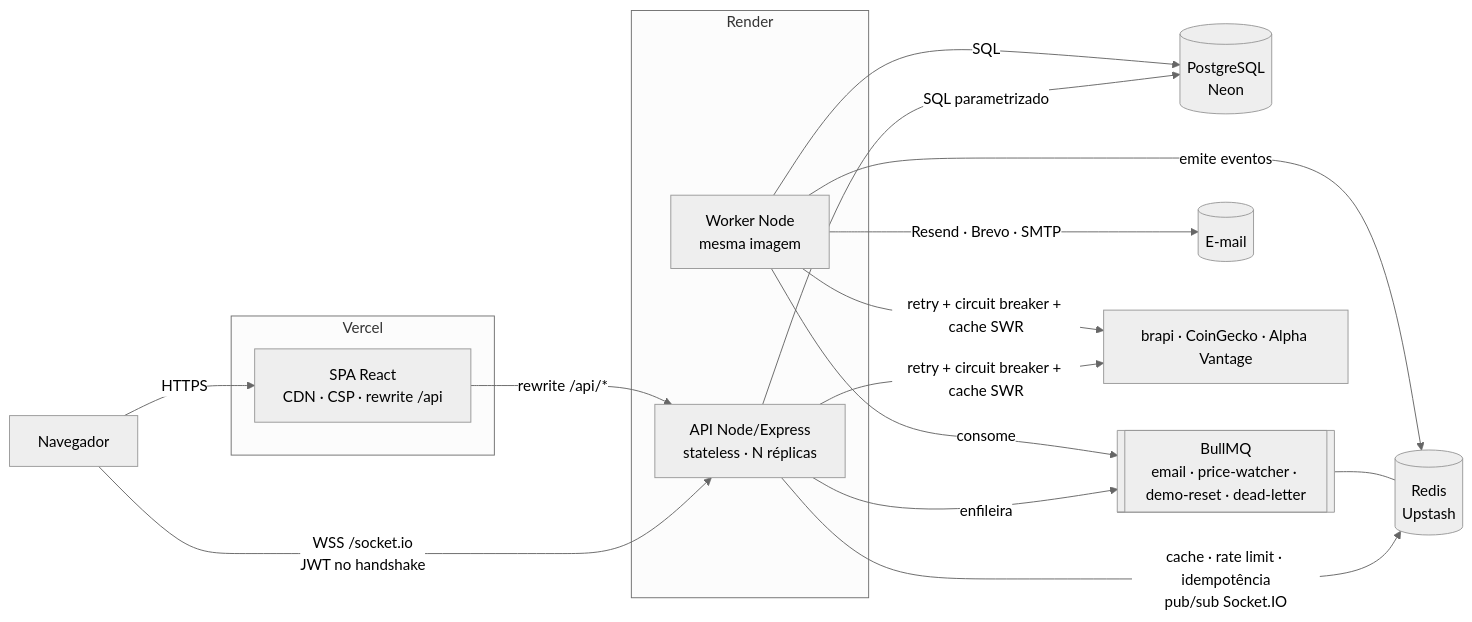
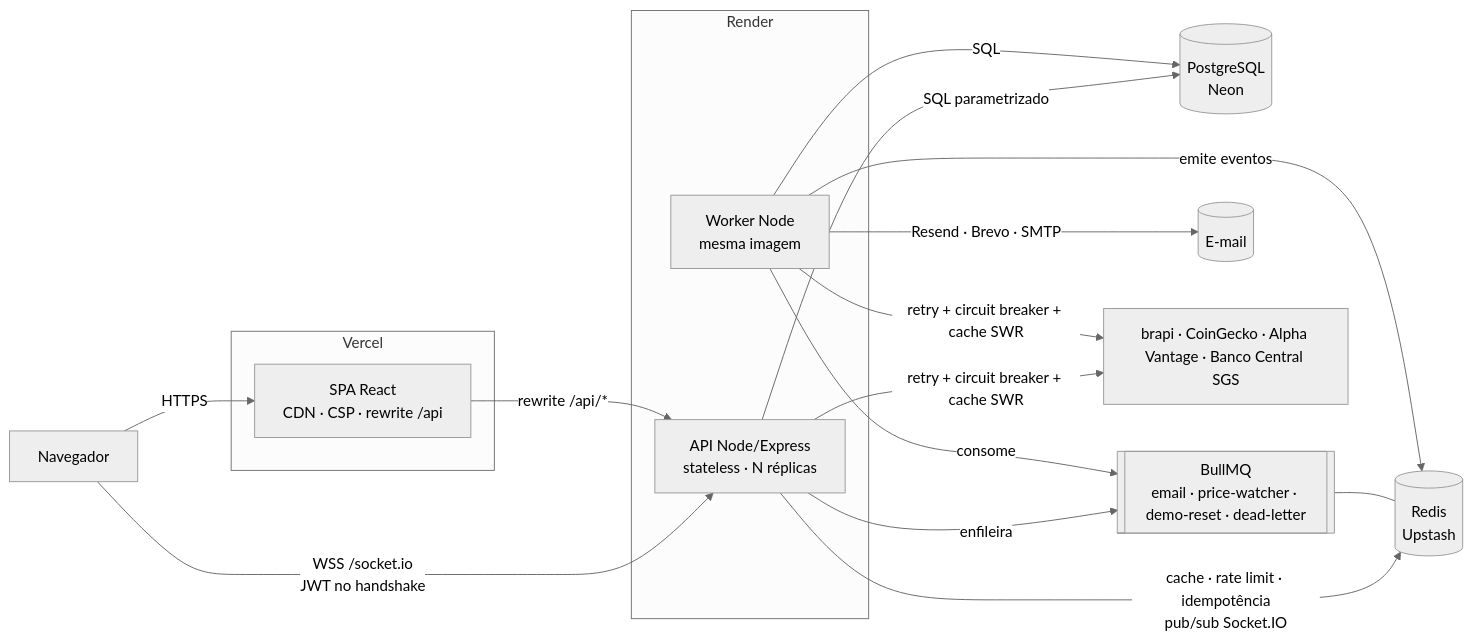
Before and after one commit to agnaldoteixeira338-code/turbo-mais: the first of 5 diagrams in docs/ARCHITECTURE.md, drawn with Mermaid (neutral theme). The commit also changed other lines of this file and 39 other files, not shown here.

First line of the commit message:
feat: simulador de investimentos com taxas do Banco Central (#37)

````diff
--- a/docs/ARCHITECTURE.md
+++ b/docs/ARCHITECTURE.md
@@ -7,22 +7,22 @@
 ```mermaid
 flowchart LR
   subgraph Vercel
     N[SPA React<br/>CDN · CSP · rewrite /api]
   end
   subgraph Render
     API[API Node/Express<br/>stateless · N réplicas]
     W[Worker Node<br/>mesma imagem]
   end
   U[Navegador] -- HTTPS --> N
   U -- WSS /socket.io<br/>JWT no handshake --> API
   N -- rewrite /api/* --> API
   API -- SQL parametrizado --> PG[(PostgreSQL<br/>Neon)]
   API -- cache · rate limit · idempotência<br/>pub/sub Socket.IO --> R[(Redis<br/>Upstash)]
   API -- enfileira --> Q[[BullMQ<br/>email · price-watcher · demo-reset · dead-letter]]
   Q --- R
   W -- consome --> Q
   W -- emite eventos --> R
   W -- SQL --> PG
   W -- Resend · Brevo · SMTP --> E[(E-mail)]
-  API & W -- retry + circuit breaker + cache SWR --> X[brapi · CoinGecko · Alpha Vantage]
+  API & W -- retry + circuit breaker + cache SWR --> X[brapi · CoinGecko · Alpha Vantage · Banco Central SGS]
 ```
````
